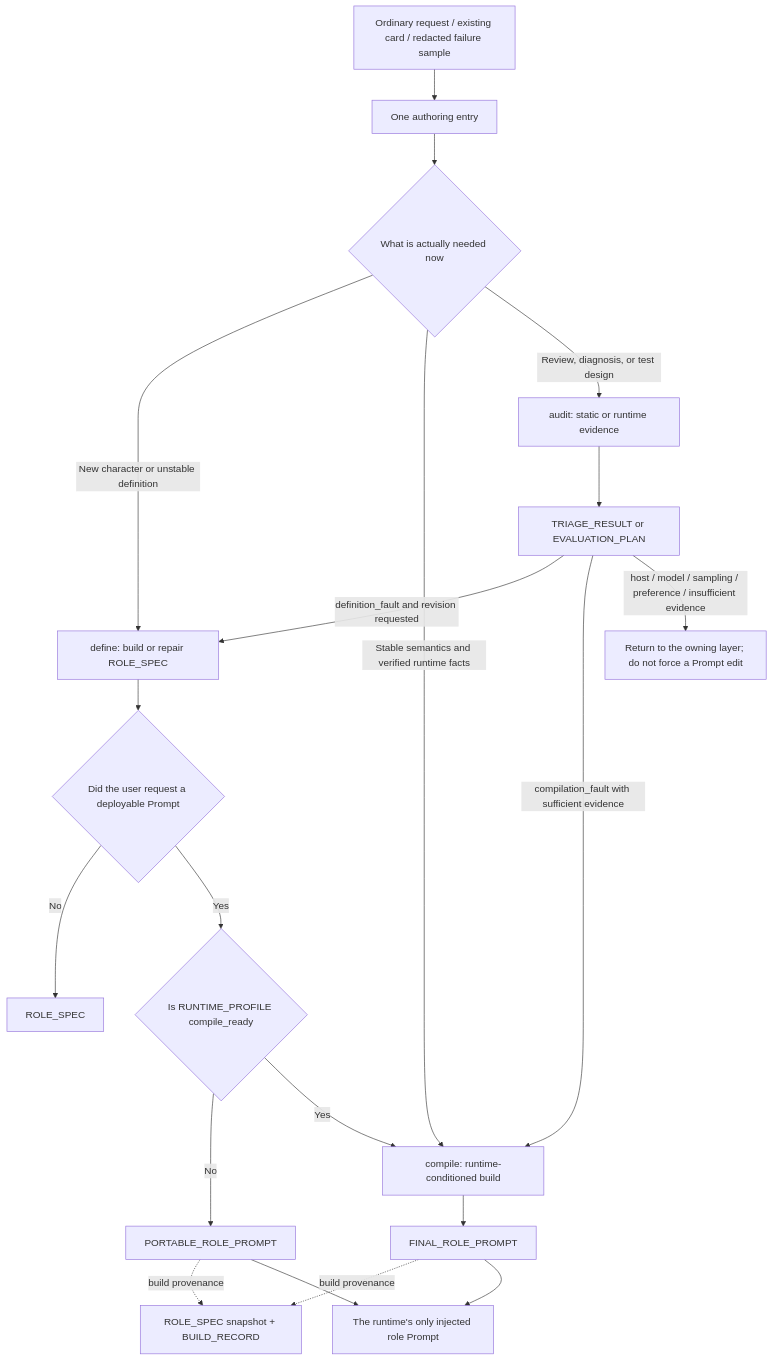
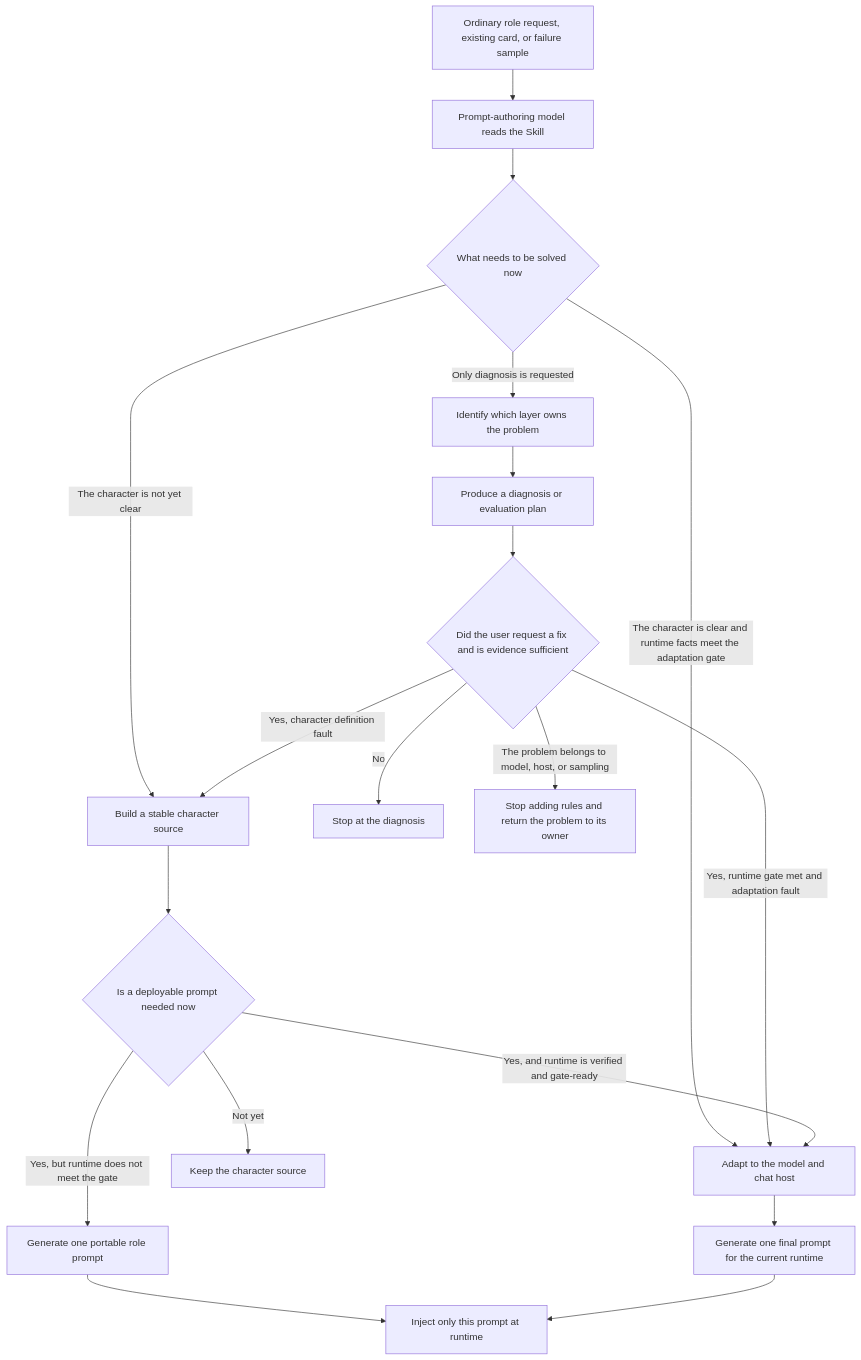
One commit to Yuimi-chaya/llm-rp-role-prompt-authoring changed the first of 2 diagrams in README.en.md. Above: the diagram before and after it, drawn with Mermaid. The commit also changed other lines of this file and 1 other file, not shown here.

````diff
--- a/README.en.md
+++ b/README.en.md
@@ -100,22 +136,21 @@
 ```mermaid
 flowchart TD
-    U[Ordinary request / existing card / redacted failure sample] --> E[One authoring entry]
-    E --> Q{What is actually needed now}
-    Q -->|New character or unstable definition| D[define: build or repair ROLE_SPEC]
-    Q -->|Stable semantics and verified runtime facts| C[compile: runtime-conditioned build]
-    Q -->|Review, diagnosis, or test design| A[audit: static or runtime evidence]
-    A --> T[TRIAGE_RESULT or EVALUATION_PLAN]
-    T -->|definition_fault and revision requested| D
-    T -->|compilation_fault with sufficient evidence| C
-    T -->|host / model / sampling / preference / insufficient evidence| X[Return to the owning layer; do not force a Prompt edit]
-    D --> Z{Did the user request a deployable Prompt}
-    Z -->|No| S[ROLE_SPEC]
-    Z -->|Yes| R{Is RUNTIME_PROFILE compile_ready}
-    R -->|No| P[PORTABLE_ROLE_PROMPT]
-    R -->|Yes| C
-    C --> F[FINAL_ROLE_PROMPT]
-    P -. build provenance .-> B[ROLE_SPEC snapshot + BUILD_RECORD]
-    F -. build provenance .-> B
-    P --> I[The runtime's only injected role Prompt]
-    F --> I
+    U[Ordinary role request, existing card, or failure sample] --> W[Prompt-authoring model reads the Skill]
+    W --> Q{What needs to be solved now}
+    Q -->|The character is not yet clear| D[Build a stable character source]
+    Q -->|The character is clear and runtime facts meet the adaptation gate| C[Adapt to the model and chat host]
+    Q -->|Only diagnosis is requested| A[Identify which layer owns the problem]
+    A --> T[Produce a diagnosis or evaluation plan]
+    T --> G{Did the user request a fix and is evidence sufficient}
+    G -->|No| E[Stop at the diagnosis]
+    G -->|Yes, character definition fault| D
+    G -->|Yes, runtime gate met and adaptation fault| C
+    G -->|The problem belongs to model, host, or sampling| X[Stop adding rules and return the problem to its owner]
+    D --> N{Is a deployable prompt needed now}
+    N -->|Not yet| S[Keep the character source]
+    N -->|Yes, but runtime does not meet the gate| P[Generate one portable role prompt]
+    N -->|Yes, and runtime is verified and gate-ready| C
+    C --> F[Generate one final prompt for the current runtime]
+    P --> R[Inject only this prompt at runtime]
+    F --> R
 ```
````
